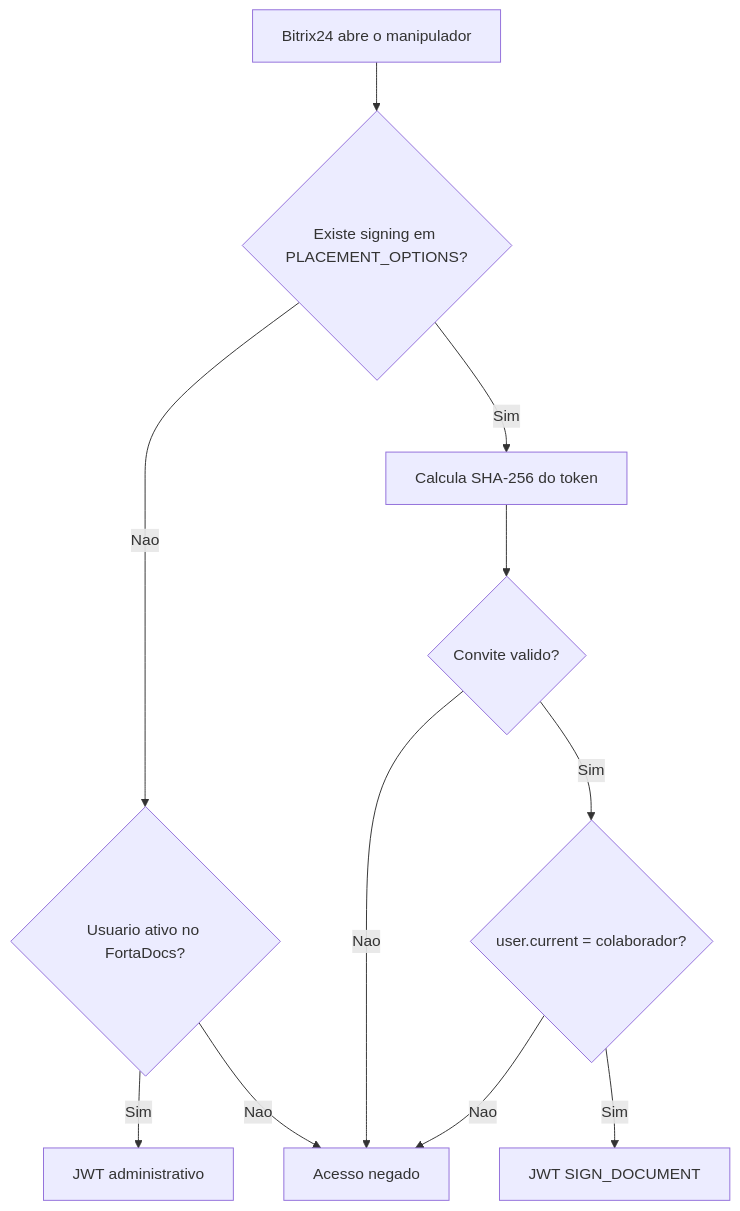
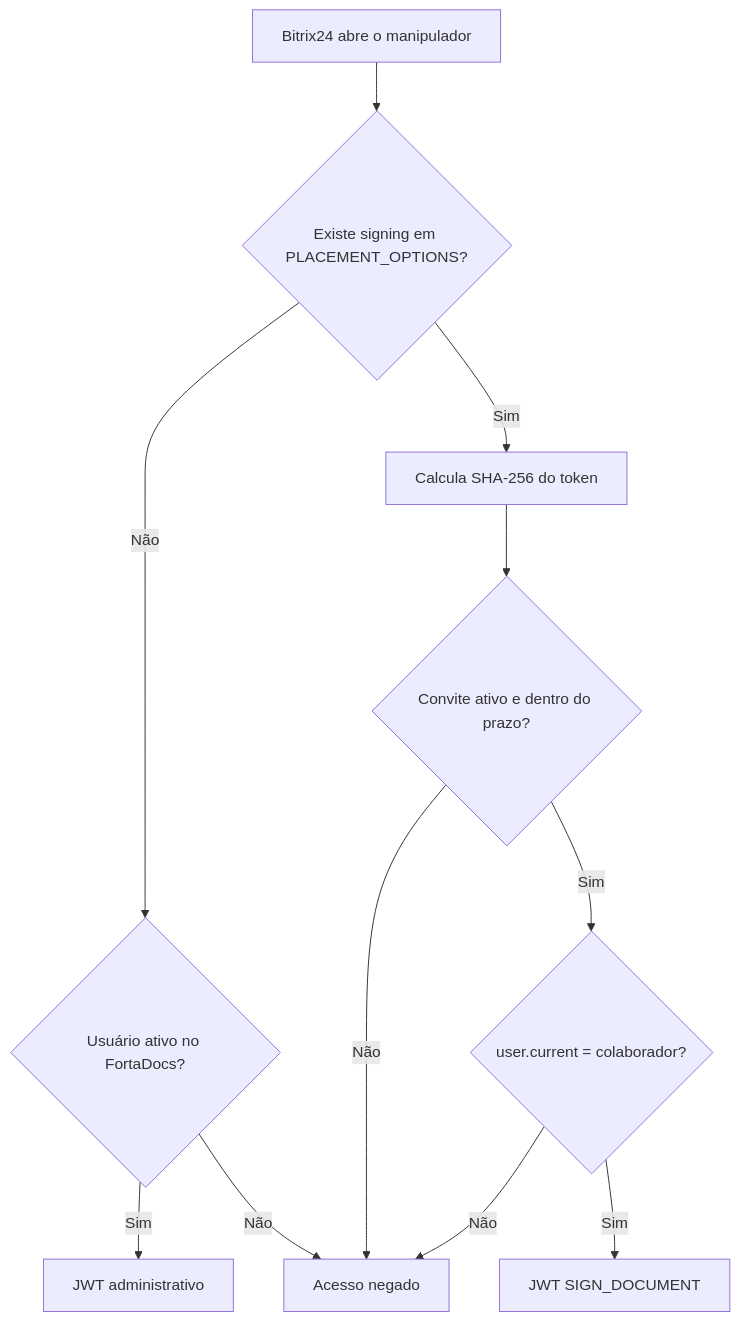
The third of 3 diagrams in docs/architecture.md (LucasNicotari/fortatech-termos-responsabilidade), drawn with Mermaid before and after one commit. The commit also changed other lines of this file and 52 other files, not shown here.

````diff
--- a/docs/architecture.md
+++ b/docs/architecture.md
@@ -72,13 +121,13 @@
 ```mermaid
 flowchart TD
   OPEN[Bitrix24 abre o manipulador] --> KIND{Existe signing em PLACEMENT_OPTIONS?}
-  KIND -- Nao --> ADMINCHECK{Usuario ativo no FortaDocs?}
+  KIND -- Não --> ADMINCHECK{Usuário ativo no FortaDocs?}
   ADMINCHECK -- Sim --> ADMINJWT[JWT administrativo]
-  ADMINCHECK -- Nao --> DENY[Acesso negado]
-  KIND -- Sim --> TOKEN[Calcula SHA-256 do token]
-  TOKEN --> INVITE{Convite valido?}
-  INVITE -- Nao --> DENY
+  ADMINCHECK -- Não --> DENY[Acesso negado]
+  KIND -- Sim --> HASH[Calcula SHA-256 do token]
+  HASH --> INVITE{Convite ativo e dentro do prazo?}
+  INVITE -- Não --> DENY
   INVITE -- Sim --> ID{user.current = colaborador?}
-  ID -- Nao --> DENY
+  ID -- Não --> DENY
   ID -- Sim --> SIGNJWT[JWT SIGN_DOCUMENT]
 ```
````
